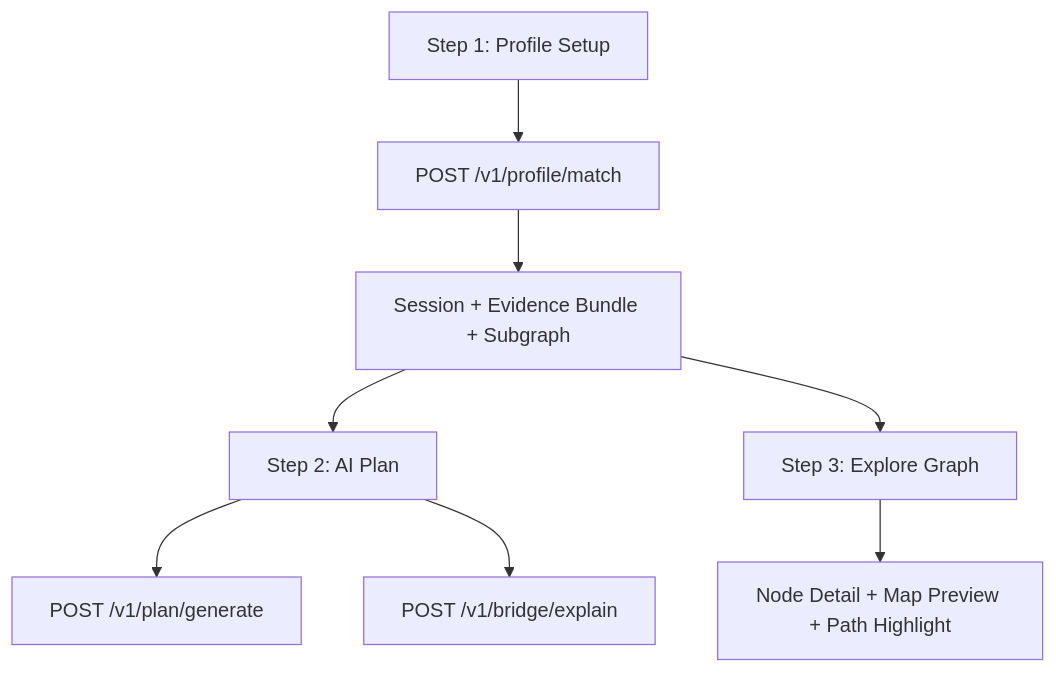
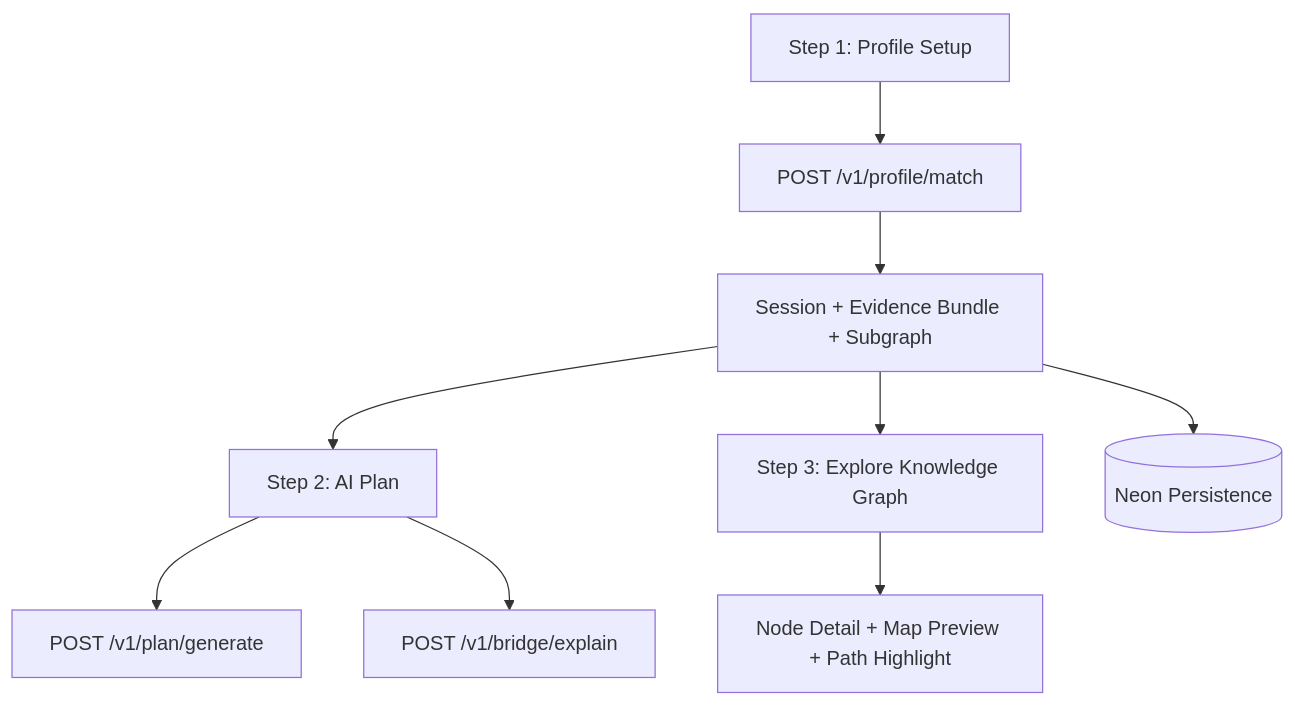
One commit to ikathuria/GlobalBuddy changed the second of 2 diagrams in docs/architecture.md. Above: the diagram before and after it, drawn with Mermaid. The commit also changed other lines of this file and 47 other files, not shown here.

Commit message:
Complete markdown graph milestone

````diff
--- a/docs/architecture.md
+++ b/docs/architecture.md
@@ -19,10 +28,11 @@
 ```mermaid
 flowchart TD
   P1[Step 1: Profile Setup] --> M[POST /v1/profile/match]
   M --> E[Session + Evidence Bundle + Subgraph]
   E --> P2[Step 2: AI Plan]
   P2 --> J[POST /v1/plan/generate]
-  E --> P3[Step 3: Explore Graph]
+  E --> P3[Step 3: Explore Knowledge Graph]
   P2 --> C[POST /v1/bridge/explain]
   P3 --> S[Node Detail + Map Preview + Path Highlight]
+  E --> DB[(Neon Persistence)]
 ```
````
